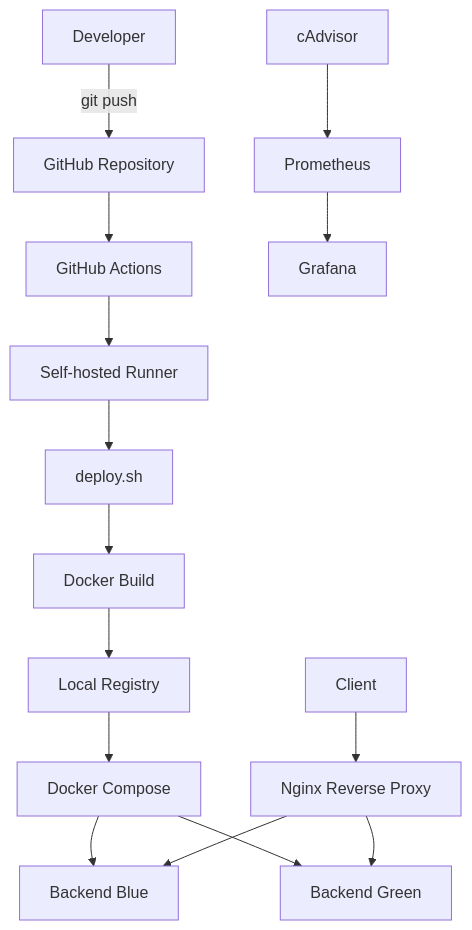
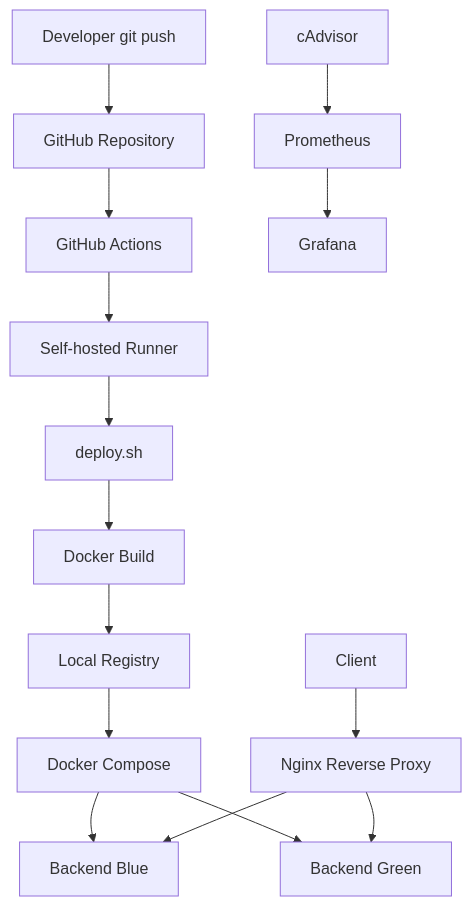
Before and after one commit to Yangdongho/mini-deploy-pipeline: the diagram in README.md, drawn with Mermaid. The commit also changed other lines of this file, not shown here.

````diff
--- a/README.md
+++ b/README.md
@@ -32,21 +22,21 @@
 ```mermaid
 flowchart TD
-    A[Developer] -->|git push| B[GitHub Repository]
+    A[Developer git push] --> B[GitHub Repository]
     B --> C[GitHub Actions]
     C --> D[Self-hosted Runner]
     D --> E[deploy.sh]
 
     E --> F[Docker Build]
     F --> G[Local Registry]
     G --> H[Docker Compose]
 
     H --> I[Backend Blue]
     H --> J[Backend Green]
 
     K[Nginx Reverse Proxy] --> I
     K --> J
     L[Client] --> K
 
     M[cAdvisor] --> N[Prometheus]
     N --> O[Grafana]
 ```
````
